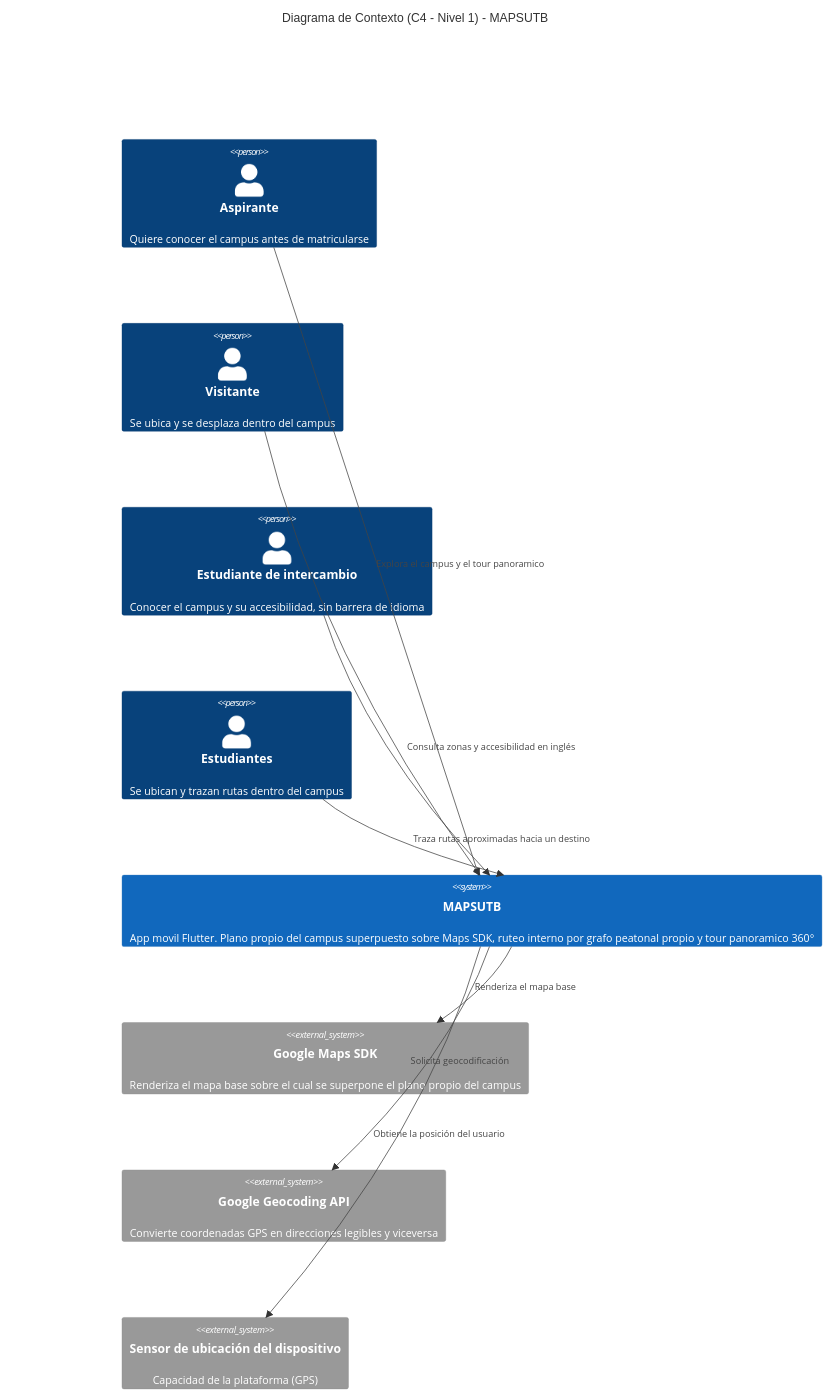
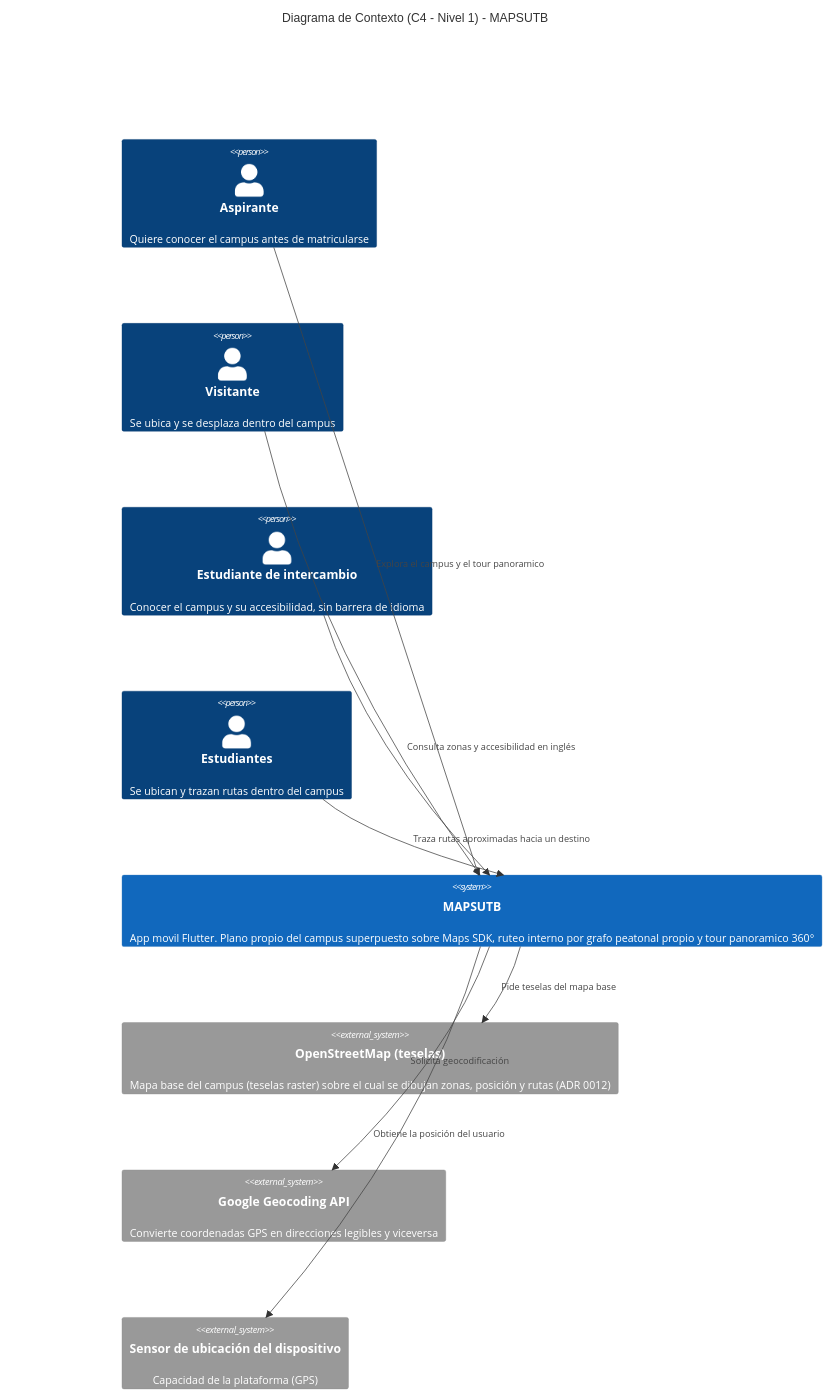
Before and after one commit to ISCOUTB/AS_202620_mapsutb: the diagram in docs/c4/C1.md, drawn with Mermaid. The commit also changed 10 other files, not shown here.

First line of the commit message:
docs: mapa base flutter_map + OSM en C4, arc42 §3 y §5, README; dependencias verificadas

````diff
--- a/docs/c4/C1.md
+++ b/docs/c4/C1.md
@@ -1,29 +1,29 @@
 ```mermaid
 ---
 config:
   fontFamily: '''Inter Variable'', sans-serif'
 ---
 C4Context
     title Diagrama de Contexto (C4 - Nivel 1) - MAPSUTB
 
     Person(aspirante, "Aspirante", "Quiere conocer el campus antes de matricularse")
     Person(invitado, "Visitante", "Se ubica y se desplaza dentro del campus")
     Person(intercambio, "Estudiante de intercambio", "Conocer el campus y su accesibilidad, sin barrera de idioma")
     Person(comunidad, "Estudiantes", "Se ubican y trazan rutas dentro del campus")
 
     System(mapsutb, "MAPSUTB", "App movil Flutter. Plano propio del campus superpuesto sobre Maps SDK, ruteo interno por grafo peatonal propio y tour panoramico 360°")
 
-    System_Ext(mapssdk, "Google Maps SDK", "Renderiza el mapa base sobre el cual se superpone el plano propio del campus")
+    System_Ext(mapssdk, "OpenStreetMap (teselas)", "Mapa base del campus (teselas raster) sobre el cual se dibujan zonas, posición y rutas (ADR 0012)")
     System_Ext(geocoding, "Google Geocoding API", "Convierte coordenadas GPS en direcciones legibles y viceversa")
     System_Ext(sensor, "Sensor de ubicación del dispositivo", "Capacidad de la plataforma (GPS)")
 
     Rel_L(aspirante, mapsutb, "Explora el campus y el tour panoramico")
     Rel(invitado, mapsutb,"")
     Rel(intercambio, mapsutb, "Consulta zonas y accesibilidad en inglés")
     Rel(comunidad, mapsutb, "Traza rutas aproximadas hacia un destino")
     Rel_D(mapsutb, geocoding, "Solicita geocodificación")
-    Rel_D(mapsutb, mapssdk, "Renderiza el mapa base")
+    Rel_D(mapsutb, mapssdk, "Pide teselas del mapa base")
     Rel_D(mapsutb, sensor, "Obtiene la posición del usuario")
 
     UpdateLayoutConfig($c4ShapeInRow="3", $c4BoundaryInRow="1")
 ```
````
